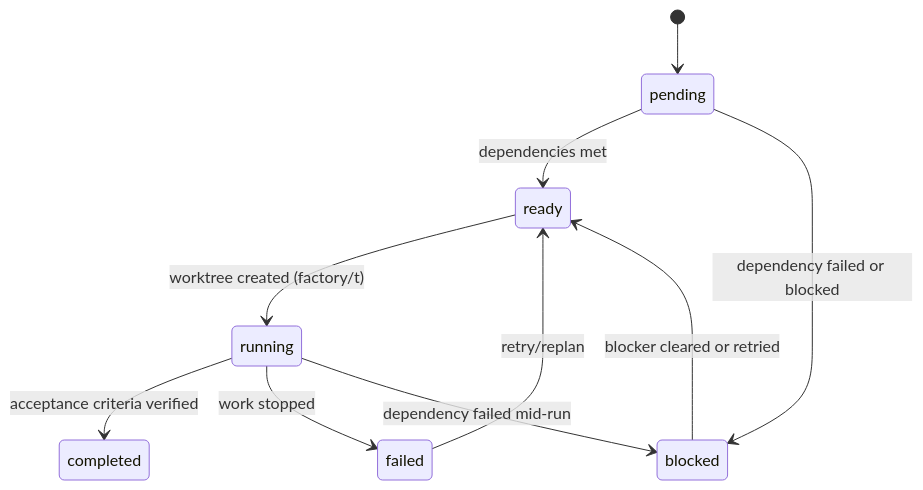
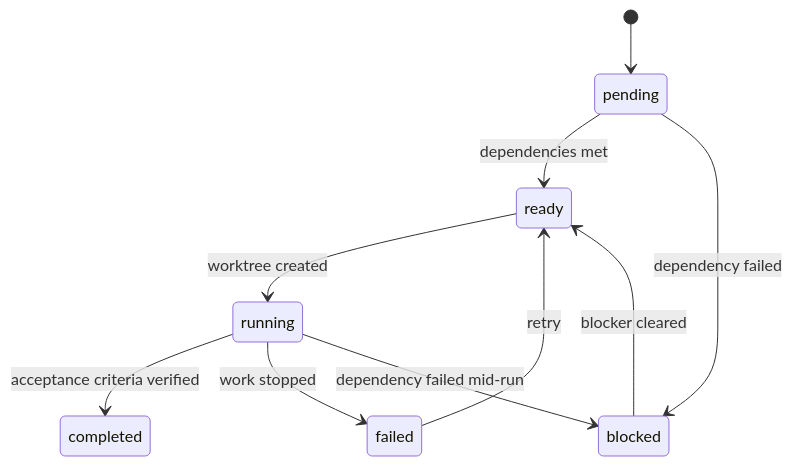
One commit to OmegaMc1331/agentic-software-factory changed the second of 2 diagrams in docs/architecture.md. Above: the diagram before and after it, drawn with Mermaid. The commit also changed other lines of this file and 10 other files, not shown here.

Commit message:
docs: rewrite README, consolidate architecture and security docs, drop stale pages

````diff
--- a/docs/architecture.md
+++ b/docs/architecture.md
@@ -124,12 +122,12 @@
 ```mermaid
 stateDiagram-v2
     [*] --> pending
     pending --> ready: dependencies met
-    pending --> blocked: dependency failed or blocked
-    ready --> running: worktree created (factory/t<id>)
+    pending --> blocked: dependency failed
+    ready --> running: worktree created
     running --> completed: acceptance criteria verified
     running --> failed: work stopped
     running --> blocked: dependency failed mid-run
-    blocked --> ready: blocker cleared or retried
-    failed --> ready: retry/replan
+    blocked --> ready: blocker cleared
+    failed --> ready: retry
 ```
````
